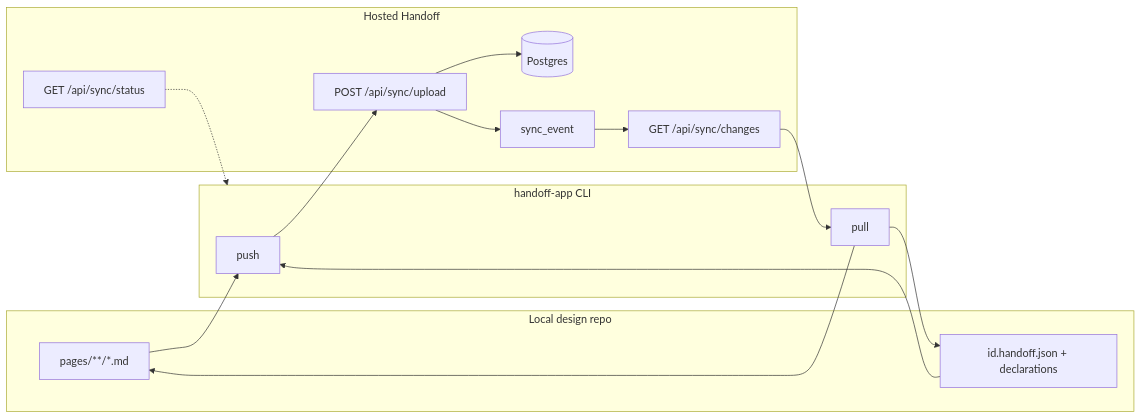
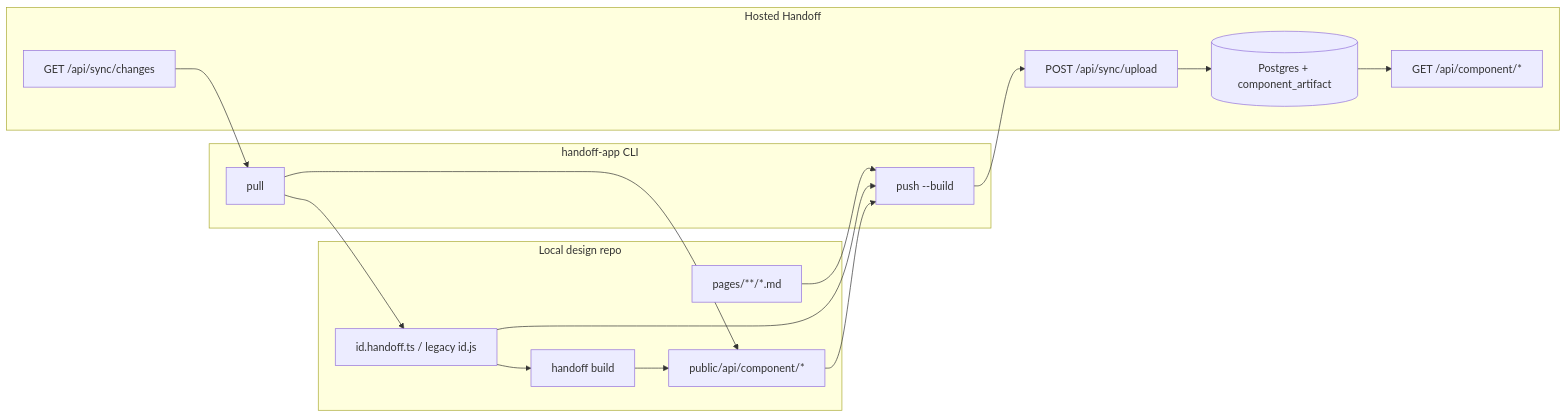
Before and after one commit to Convertiv/handoff-next: the diagram in docs/COMPONENT_SYNC_CURRENT_STATE.md, drawn with Mermaid. The commit also changed other lines of this file and 27 other files, not shown here.

Commit message:
Removing build pattern and working to create a metadata only local build push

````diff
--- a/docs/COMPONENT_SYNC_CURRENT_STATE.md
+++ b/docs/COMPONENT_SYNC_CURRENT_STATE.md
@@ -59,33 +60,34 @@
 ```mermaid
 flowchart LR
   subgraph localRepo [Local design repo]
     PagesMd["pages/**/*.md"]
-    HandoffJson["id.handoff.json + declarations"]
+    DeclTs["id.handoff.ts / legacy id.js"]
+    Build["handoff build"]
+    Artifacts["public/api/component/*"]
   end
 
   subgraph cli [handoff-app CLI]
-    Push["push"]
+    Push["push --build"]
     Pull["pull"]
   end
 
   subgraph hosted [Hosted Handoff]
     Upload["POST /api/sync/upload"]
     Changes["GET /api/sync/changes"]
-    Status["GET /api/sync/status"]
-    PG[(Postgres)]
-    SyncEv["sync_event"]
+    PG[(Postgres + component_artifact)]
+    Serve["GET /api/component/*"]
   end
 
+  DeclTs --> Build
+  Build --> Artifacts
   PagesMd --> Push
-  HandoffJson --> Push
+  DeclTs --> Push
+  Artifacts --> Push
   Push --> Upload
   Upload --> PG
-  Upload --> SyncEv
+  PG --> Serve
 
-  SyncEv --> Changes
   Changes --> Pull
-  Pull --> PagesMd
-  Pull --> HandoffJson
-
-  Status -.-> cli
+  Pull --> DeclTs
+  Pull --> Artifacts
 ```
````
